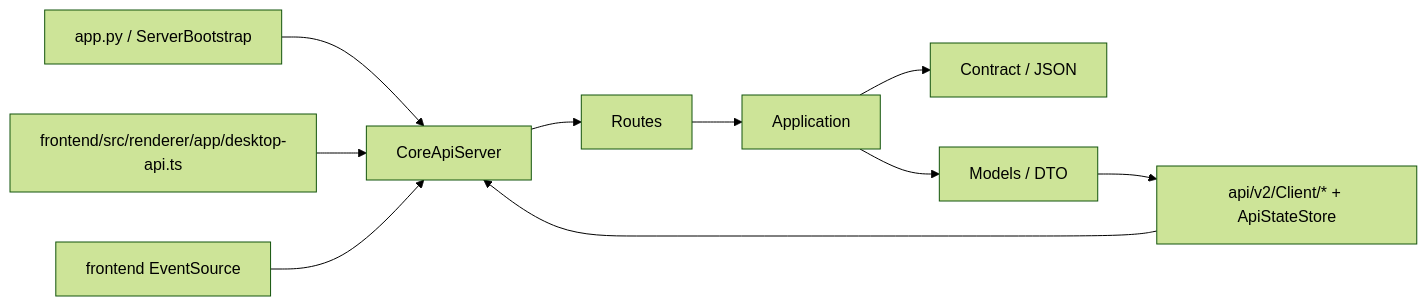
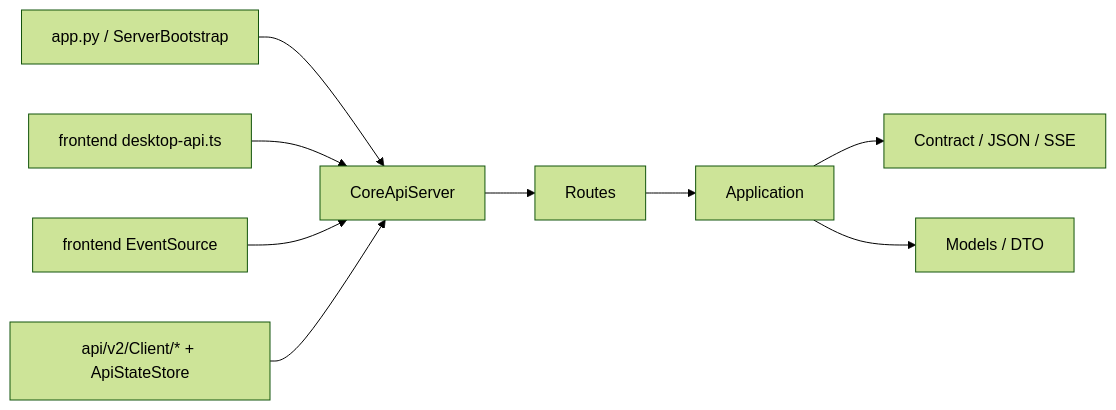
Before and after one commit to neavo/LinguaGacha: the diagram in api/SPEC.md, drawn with Mermaid (forest theme). The commit also changed other lines of this file and 7 other files, not shown here.

````diff
--- a/api/SPEC.md
+++ b/api/SPEC.md
@@ -33,13 +30,11 @@
 ```mermaid
 flowchart LR
     A["app.py / ServerBootstrap"] --> B["CoreApiServer"]
     B --> C["Routes"]
     C --> D["Application"]
-    D --> E["Contract / JSON"]
-    D --> I["Models / DTO"]
-
-    F["frontend/src/renderer/app/desktop-api.ts"] --> B
-    G["frontend EventSource"] --> B
-    H["api/v2/Client/* + ApiStateStore"] --> B
-    I --> H
+    D --> E["Contract / JSON / SSE"]
+    D --> F["Models / DTO"]
+    G["frontend desktop-api.ts"] --> B
+    H["frontend EventSource"] --> B
+    I["api/v2/Client/* + ApiStateStore"] --> B
 ```
````
